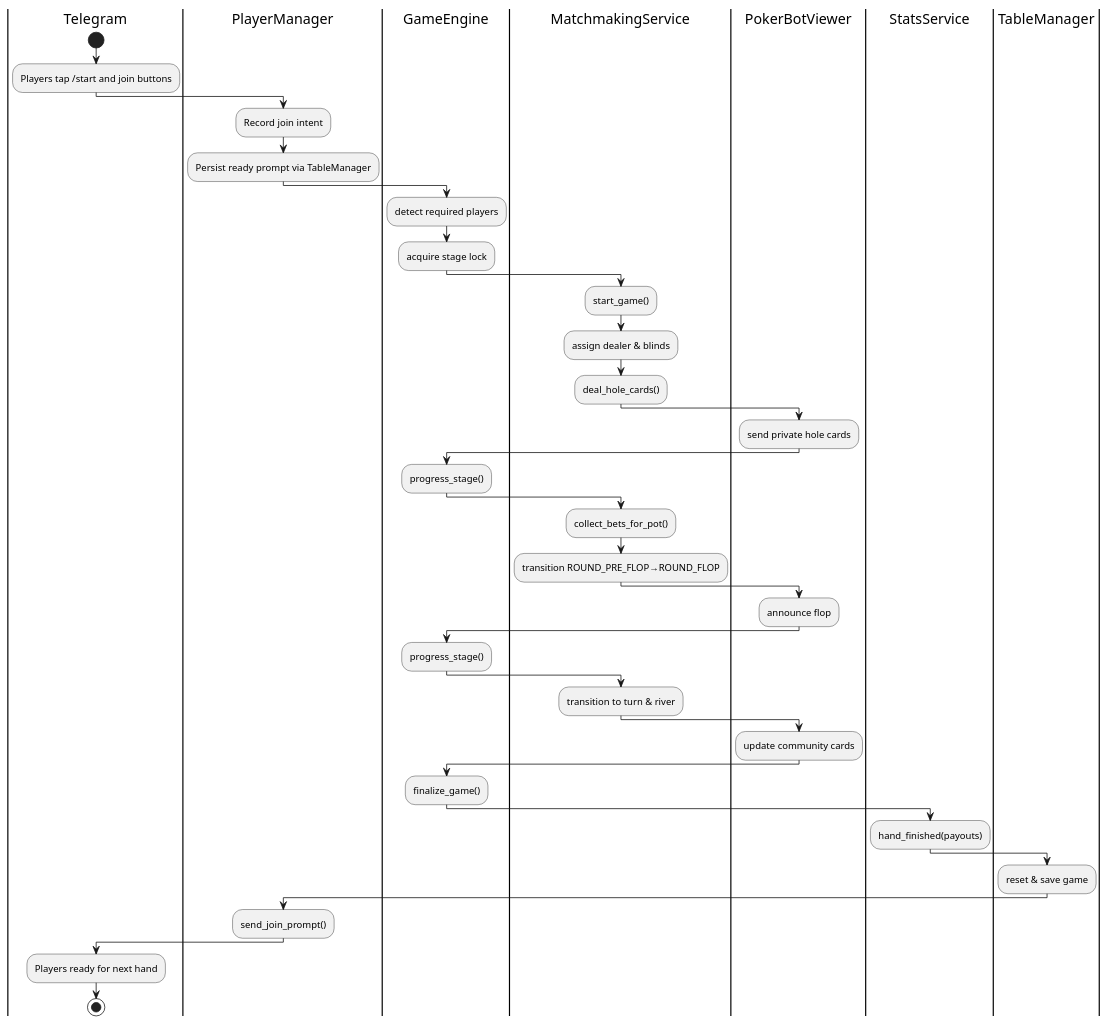
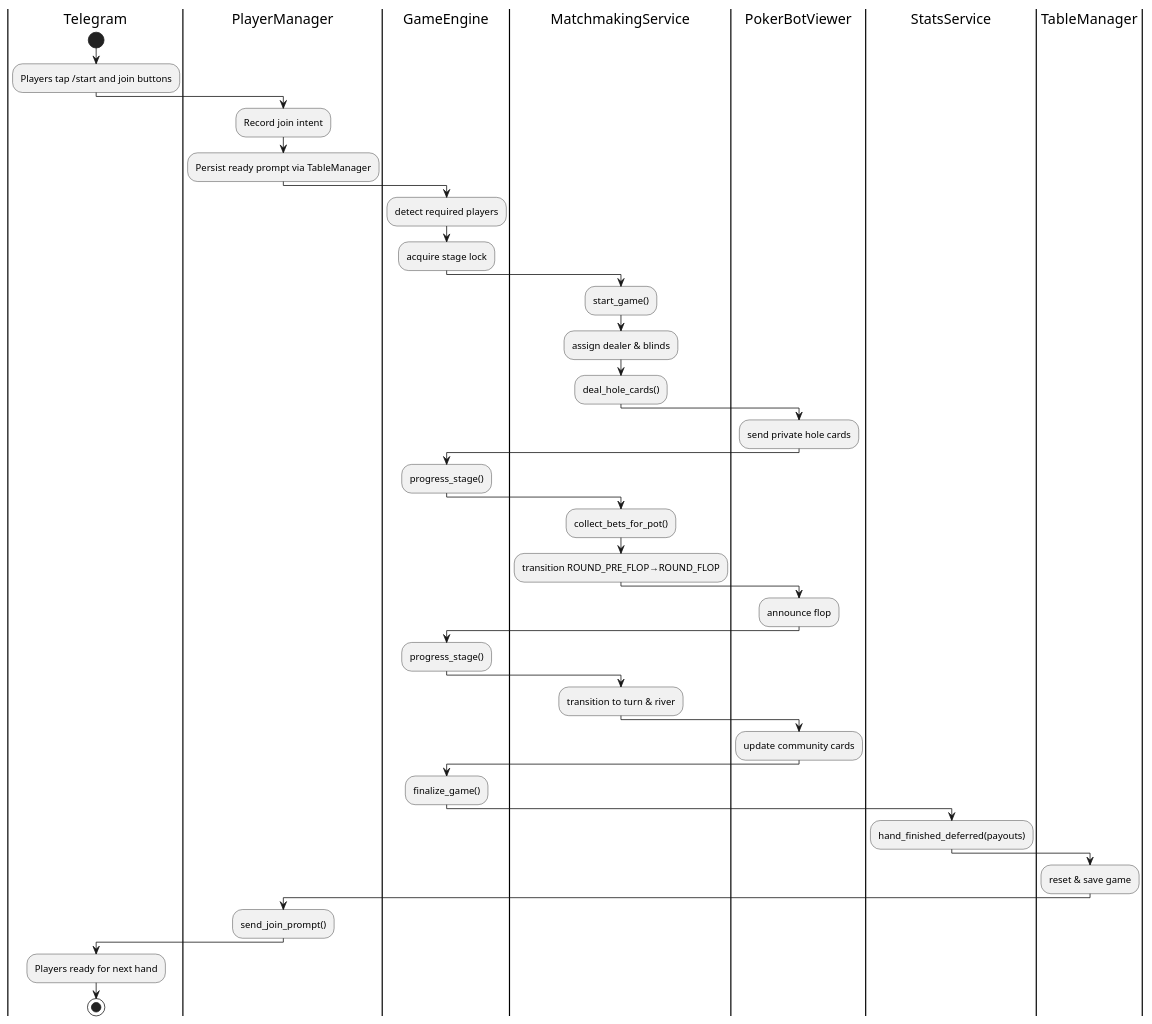
One commit to shahinmnm/Poker-Telegram-Bot changed the diagram in docs/diagrams/game_flow_swimlane.puml. Above: the diagram before and after it, drawn with PlantUML. The commit also changed 6 other files, not shown here.

```diff
--- a/docs/diagrams/game_flow_swimlane.puml
+++ b/docs/diagrams/game_flow_swimlane.puml
@@ -1,41 +1,41 @@
 @startuml GameFlowSwimlane
 |Telegram|
 start
 :Players tap /start and join buttons;
 |PlayerManager|
 :Record join intent;
 :Persist ready prompt via TableManager;
 |GameEngine|
 :detect required players;
 :acquire stage lock;
 |MatchmakingService|
 :start_game();
 :assign dealer & blinds;
 :deal_hole_cards();
 |PokerBotViewer|
 :send private hole cards;
 |GameEngine|
 :progress_stage();
 |MatchmakingService|
 :collect_bets_for_pot();
 :transition ROUND_PRE_FLOP→ROUND_FLOP;
 |PokerBotViewer|
 :announce flop;
 |GameEngine|
 :progress_stage();
 |MatchmakingService|
 :transition to turn & river;
 |PokerBotViewer|
 :update community cards;
 |GameEngine|
 :finalize_game();
 |StatsService|
-:hand_finished(payouts);
+:hand_finished_deferred(payouts);
 |TableManager|
 :reset & save game;
 |PlayerManager|
 :send_join_prompt();
 |Telegram|
 :Players ready for next hand;
 stop
 @enduml
```
